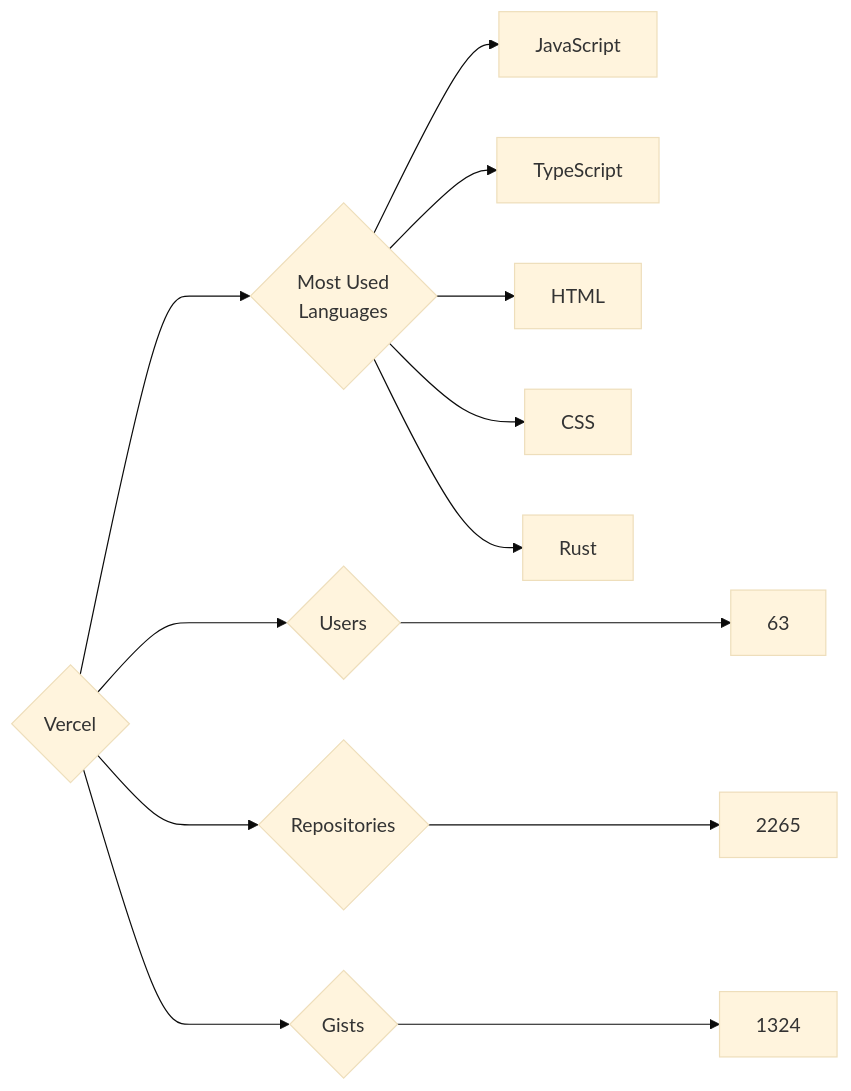
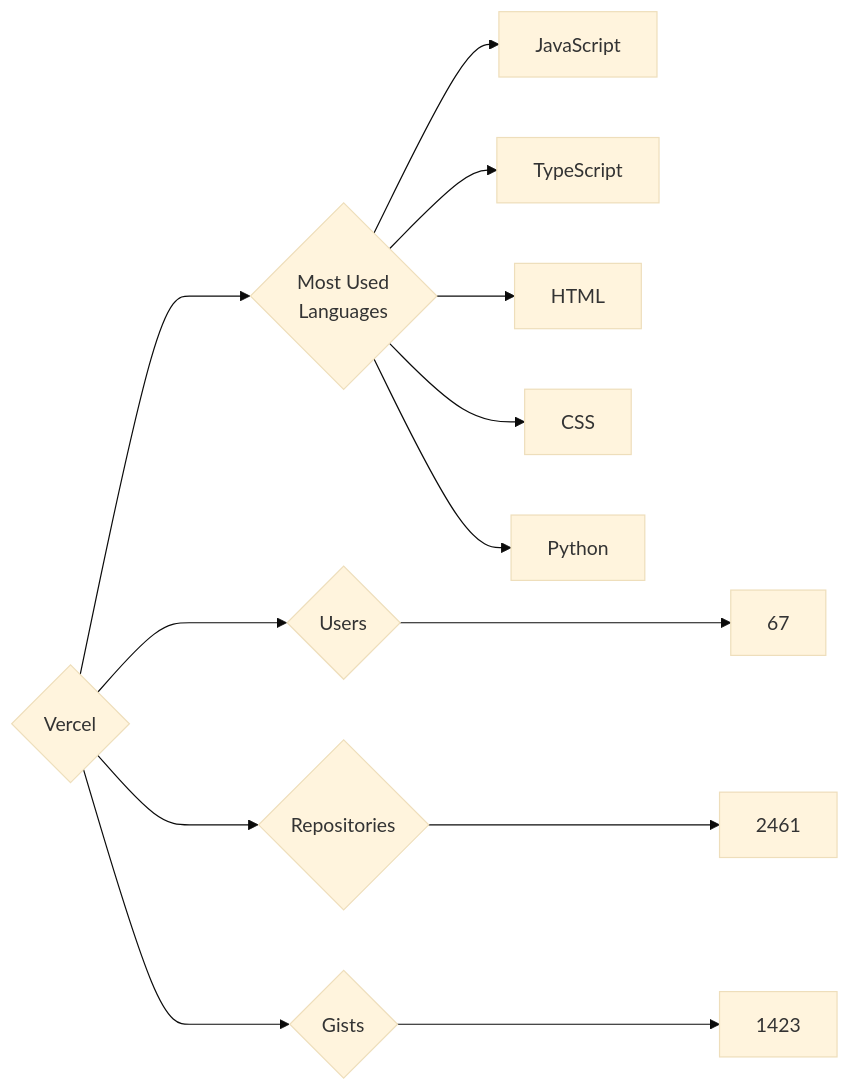
One commit to trickest/insiders changed the diagram in targets/Vercel/README.md. Above: the diagram before and after it, drawn with Mermaid (base theme). The commit also changed 886 other files, not shown here.

````diff
--- a/targets/Vercel/README.md
+++ b/targets/Vercel/README.md
@@ -3,13 +3,13 @@
 ```mermaid
 graph LR
 COMPANY_NAME{Vercel}
-COMPANY_NAME ---> U{Users} ---> UN[63]
-COMPANY_NAME ---> R{Repositories} ---> RN[2265]
-COMPANY_NAME ---> G{Gists} ---> GN[1324]
+COMPANY_NAME ---> U{Users} ---> UN[67]
+COMPANY_NAME ---> R{Repositories} ---> RN[2461]
+COMPANY_NAME ---> G{Gists} ---> GN[1423]
 COMPANY_NAME ---> ML{Most Used<br>Languages}
 ML --> JavaScript[JavaScript]
 ML --> TypeScript[TypeScript]
 ML --> HTML[HTML]
 ML --> CSS[CSS]
-ML --> Rust[Rust]
+ML --> Python[Python]
 ```
````
